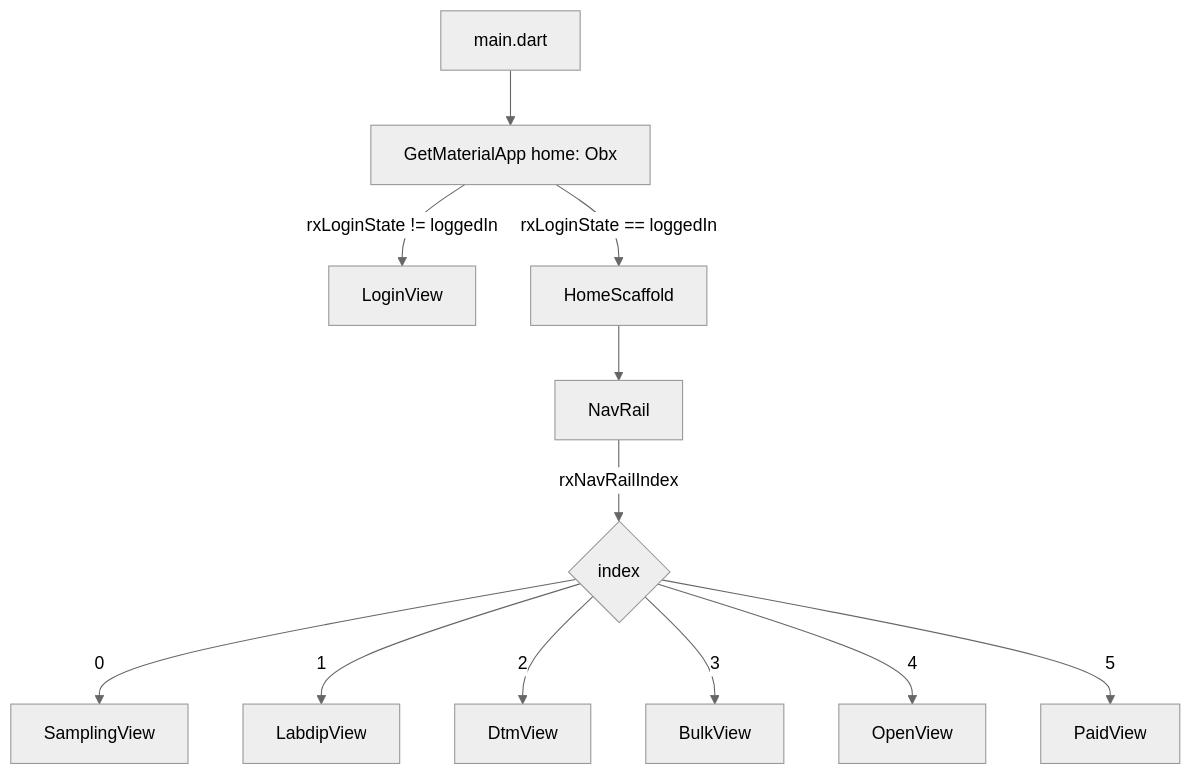
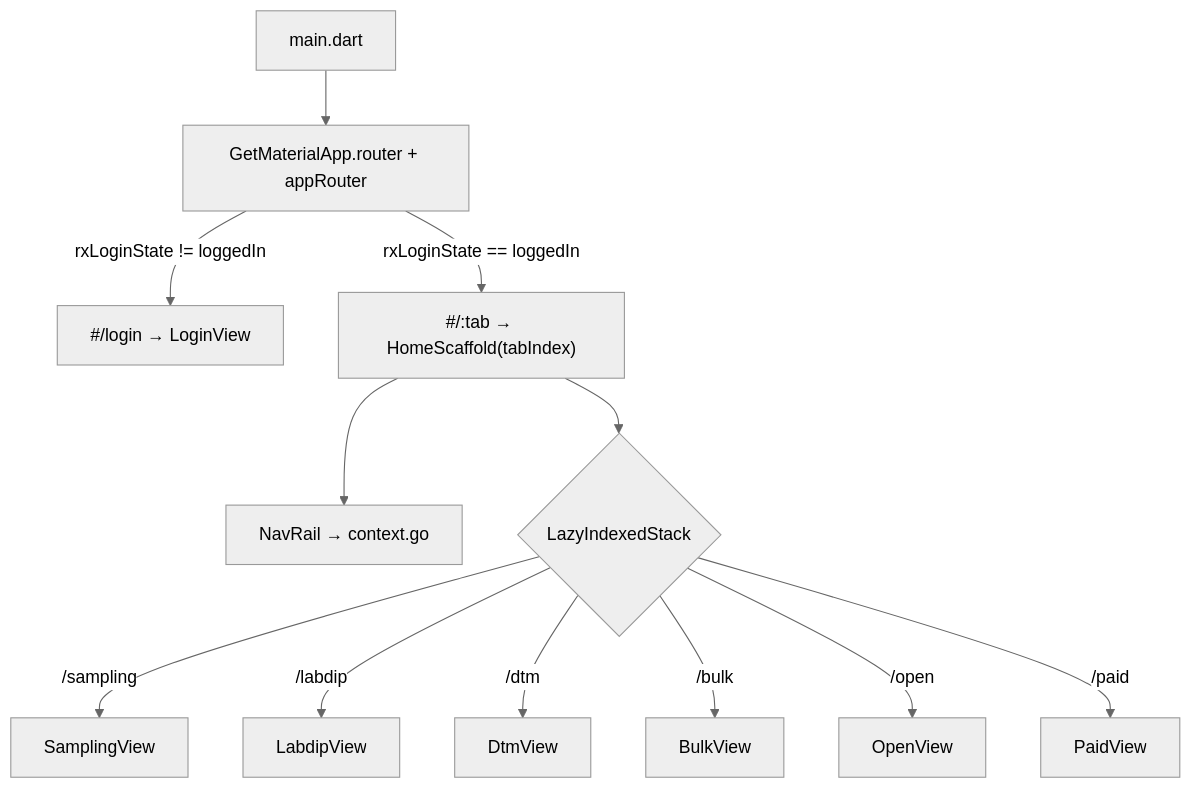
Before and after one commit to Sudhir-tbk-9/VardhamanB2B: the first of 2 diagrams in docs/NAVIGATION.md, drawn with Mermaid (neutral theme). The commit also changed other lines of this file and 6 other files, not shown here.

First line of the commit message:
Add go_router routes for the login flow and home tabs

````diff
--- a/docs/NAVIGATION.md
+++ b/docs/NAVIGATION.md
@@ -22,14 +50,14 @@
 ```mermaid
 flowchart TD
-    A[main.dart] --> B[GetMaterialApp home: Obx]
-    B -->|rxLoginState != loggedIn| L[LoginView]
-    B -->|rxLoginState == loggedIn| H[HomeScaffold]
-    H --> N[NavRail]
-    N -->|rxNavRailIndex| T{index}
-    T -->|0| S[SamplingView]
-    T -->|1| LD[LabdipView]
-    T -->|2| D[DtmView]
-    T -->|3| BK[BulkView]
-    T -->|4| O[OpenView]
-    T -->|5| P[PaidView]
+    A[main.dart] --> B[GetMaterialApp.router + appRouter]
+    B -->|rxLoginState != loggedIn| L["#/login → LoginView"]
+    B -->|rxLoginState == loggedIn| H["#/:tab → HomeScaffold(tabIndex)"]
+    H --> N[NavRail → context.go]
+    H --> T{LazyIndexedStack}
+    T -->|/sampling| S[SamplingView]
+    T -->|/labdip| LD[LabdipView]
+    T -->|/dtm| D[DtmView]
+    T -->|/bulk| BK[BulkView]
+    T -->|/open| O[OpenView]
+    T -->|/paid| P[PaidView]
 ```
````
